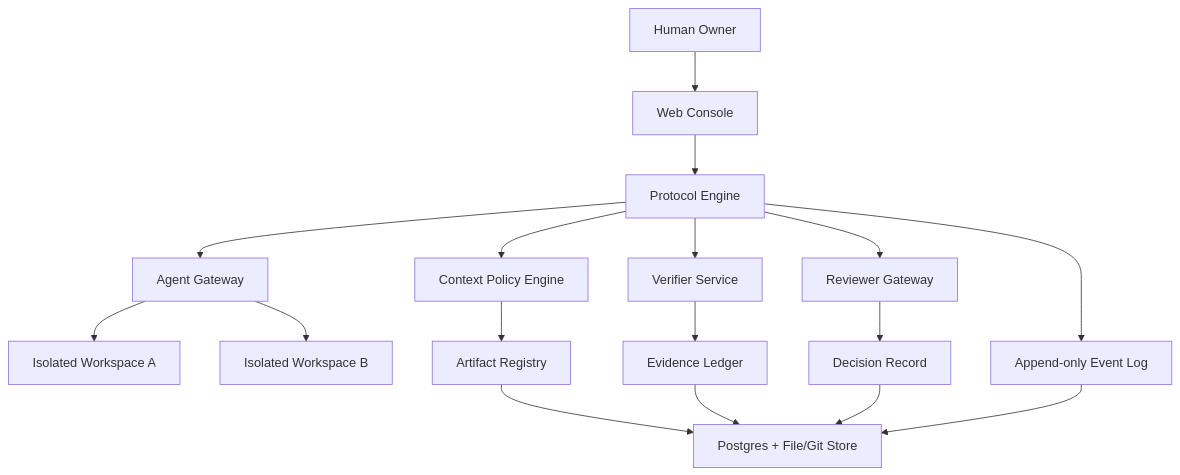
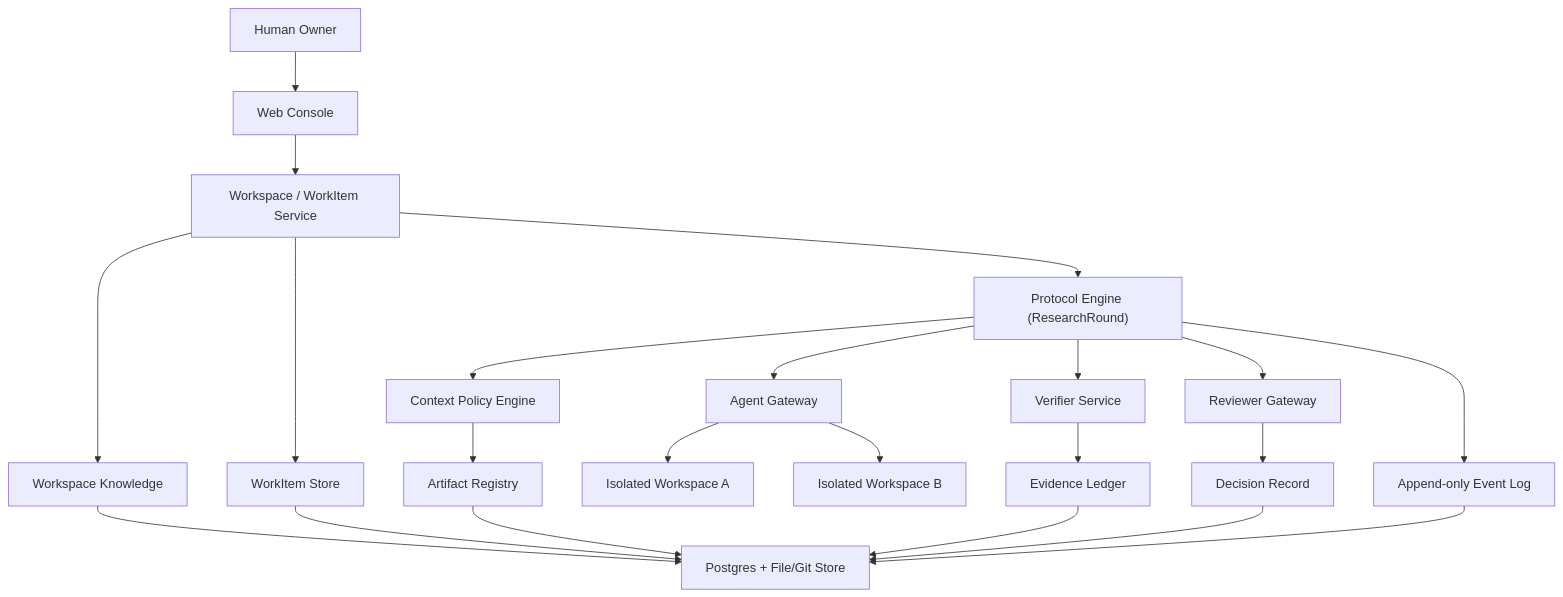
The second of 2 diagrams in docs/prd/Counterpoint_复调_PRD_v0.1.md (HITKehaoChen/CounterPoint), drawn with Mermaid before and after one commit. The commit also changed other lines of this file and 60 other files, not shown here.

````diff
--- a/docs/prd/Counterpoint_复调_PRD_v0.1.md
+++ b/docs/prd/Counterpoint_复调_PRD_v0.1.md
@@ -555,23 +570,28 @@
 ```mermaid
 flowchart TD
     U["Human Owner"] --> UI["Web Console"]
-    UI --> PE["Protocol Engine"]
+    UI --> WS["Workspace / WorkItem Service"]
+    WS --> KN["Workspace Knowledge"]
+    WS --> WI["WorkItem Store"]
+    WS --> PE["Protocol Engine (ResearchRound)"]
 
     PE --> CP["Context Policy Engine"]
     PE --> AG["Agent Gateway"]
     PE --> VR["Verifier Service"]
     PE --> RV["Reviewer Gateway"]
 
     AG --> WA["Isolated Workspace A"]
     AG --> WB["Isolated Workspace B"]
 
     CP --> AR["Artifact Registry"]
     VR --> EL["Evidence Ledger"]
     RV --> DR["Decision Record"]
 
     AR --> DS["Postgres + File/Git Store"]
     EL --> DS
     DR --> DS
+    WI --> DS
+    KN --> DS
     PE --> EV["Append-only Event Log"]
     EV --> DS
 ```
````
